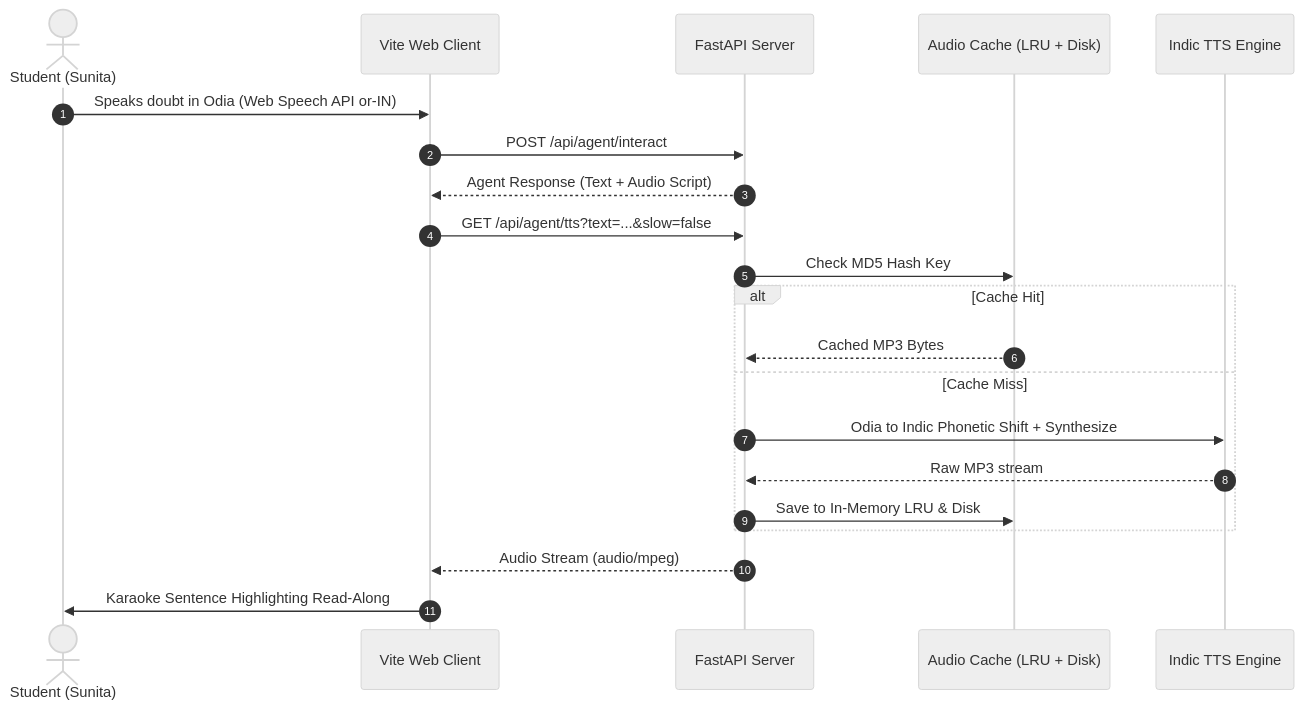
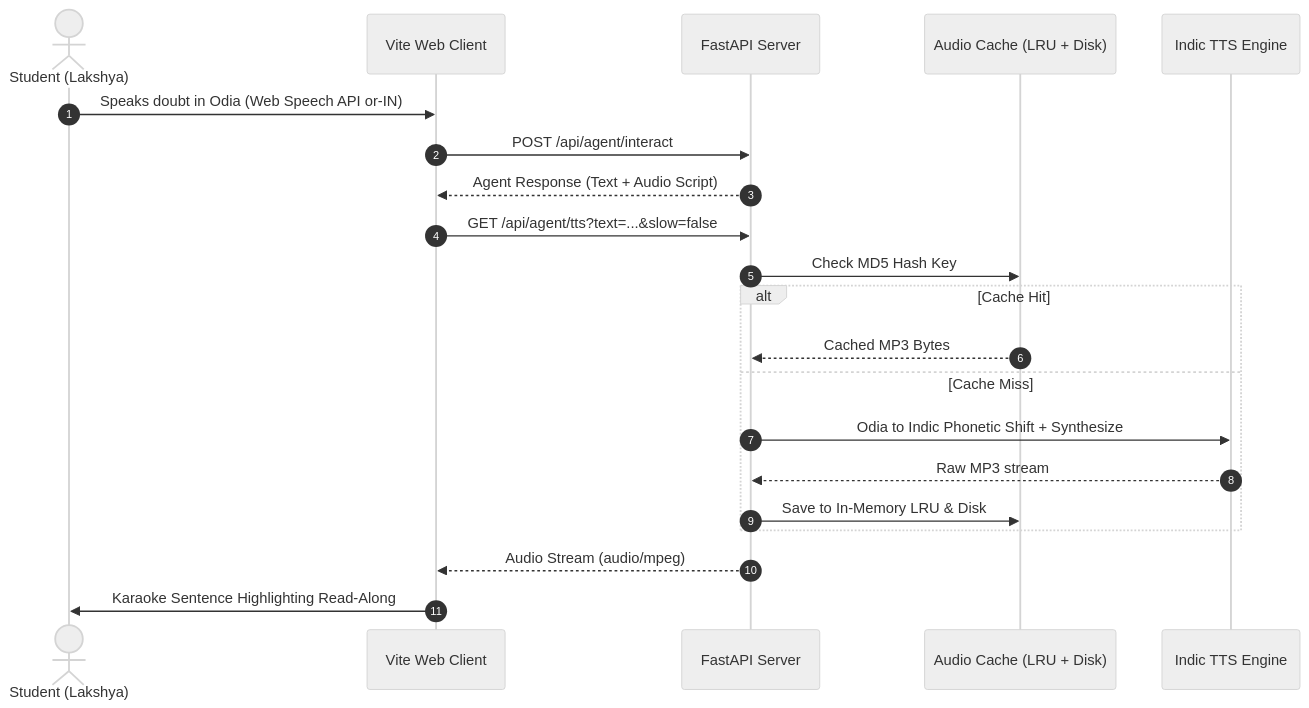
Before and after one commit to Tribhuwansingh2023/EkalSahayak: the second of 3 diagrams in architecture.md, drawn with Mermaid (neutral theme). The commit also changed other lines of this file and 1 other file, not shown here.

Commit message:
docs(specs): add system architecture specifications for EkalSahayak

````diff
--- a/architecture.md
+++ b/architecture.md
@@ -144,24 +144,24 @@
 ```mermaid
 sequenceDiagram
     autonumber
-    actor Sunita as Student (Sunita)
+    actor Lakshya as Student (Lakshya)
     participant UI as Vite Web Client
     participant API as FastAPI Server
     participant Cache as Audio Cache (LRU + Disk)
     participant TTS as Indic TTS Engine
 
-    Sunita->>UI: Speaks doubt in Odia (Web Speech API or-IN)
+    Lakshya->>UI: Speaks doubt in Odia (Web Speech API or-IN)
     UI->>API: POST /api/agent/interact
     API-->>UI: Agent Response (Text + Audio Script)
     UI->>API: GET /api/agent/tts?text=...&slow=false
     API->>Cache: Check MD5 Hash Key
     alt Cache Hit
         Cache-->>API: Cached MP3 Bytes
     else Cache Miss
         API->>TTS: Odia to Indic Phonetic Shift + Synthesize
         TTS-->>API: Raw MP3 stream
         API->>Cache: Save to In-Memory LRU & Disk
     end
     API-->>UI: Audio Stream (audio/mpeg)
-    UI->>Sunita: Karaoke Sentence Highlighting Read-Along
+    UI->>Lakshya: Karaoke Sentence Highlighting Read-Along
 ```
````
